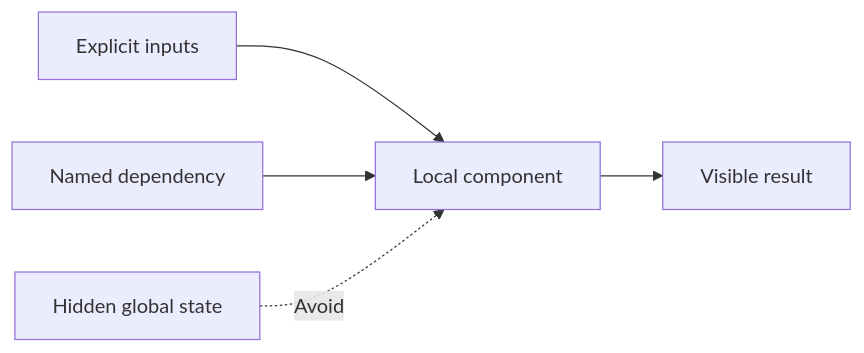
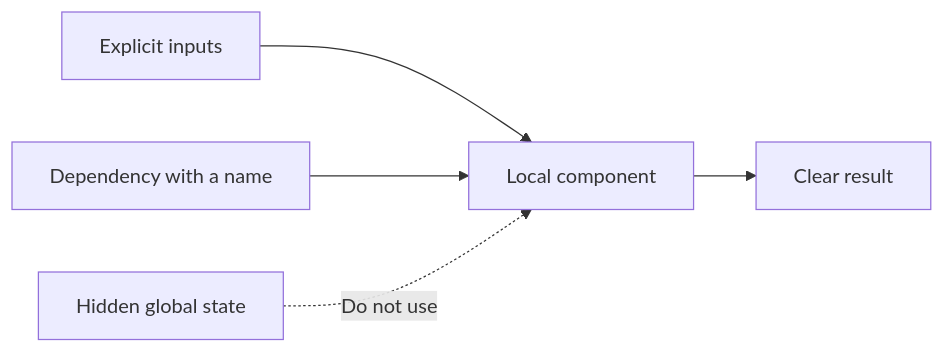
Before and after one commit to HomericIntelligence/Athena: the diagram in docs/principles/details/p084-prefer-local-reasoning.md, drawn with Mermaid. The commit also changed other lines of this file and 91 other files, not shown here.

````diff
--- a/docs/principles/details/p084-prefer-local-reasoning.md
+++ b/docs/principles/details/p084-prefer-local-reasoning.md
@@ -37,7 +38,7 @@
 ```mermaid
 flowchart LR
     A["Explicit inputs"] --> C["Local component"]
-    B["Named dependency"] --> C
-    C --> D["Visible result"]
-    E["Hidden global state"] -. "Avoid" .-> C
+    B["Dependency with a name"] --> C
+    C --> D["Clear result"]
+    E["Hidden global state"] -. "Do not use" .-> C
 ```
````
